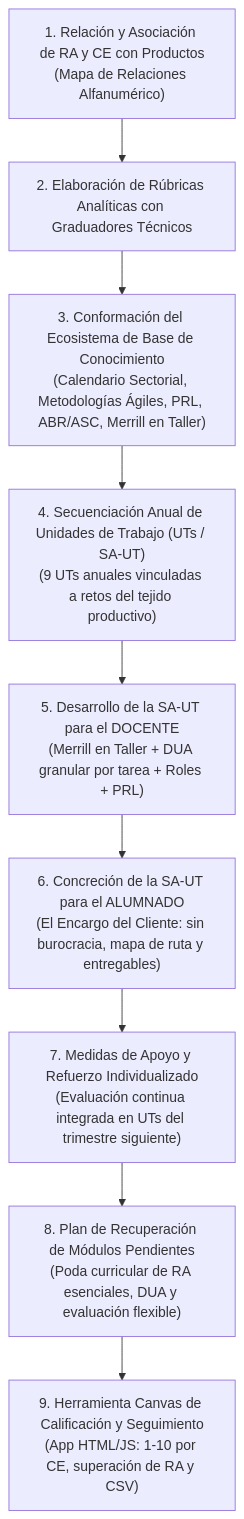
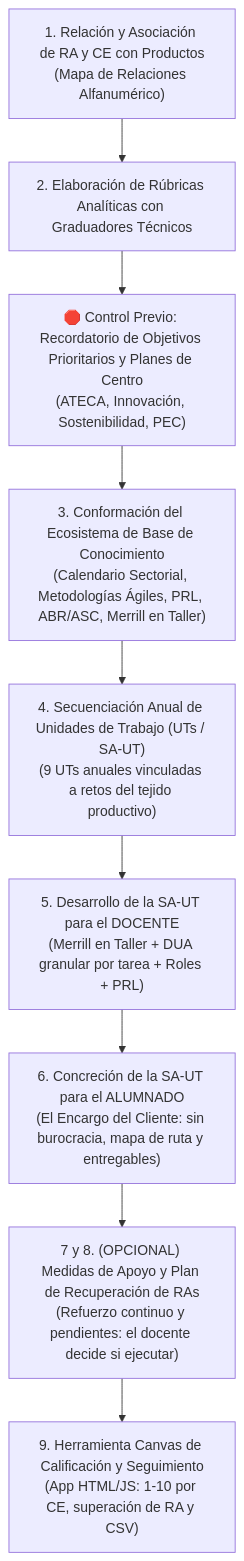
One commit to nmarafo/OpenDidactia changed the diagram in docs/guia_elaboracion_programaciones_y_ut_fp.md. Above: the diagram before and after it, drawn with Mermaid. The commit also changed other lines of this file and 17 other files, not shown here.

Commit message:
feat: incorporar consulta de salida documental inter-fases, recordatorio de planes de centro pre-Fase 3 y Fase 5 opcional

````diff
--- a/docs/guia_elaboracion_programaciones_y_ut_fp.md
+++ b/docs/guia_elaboracion_programaciones_y_ut_fp.md
@@ -30,11 +30,11 @@
 ```mermaid
 graph TD
     A["1. Relación y Asociación de RA y CE con Productos<br>(Mapa de Relaciones Alfanumérico)"] --> B["2. Elaboración de Rúbricas Analíticas con Graduadores Técnicos"]
-    B --> C["3. Conformación del Ecosistema de Base de Conocimiento<br>(Calendario Sectorial, Metodologías Ágiles, PRL, ABR/ASC, Merrill en Taller)"]
+    B --> CP["🛑 Control Previo: Recordatorio de Objetivos Prioritarios y Planes de Centro<br>(ATECA, Innovación, Sostenibilidad, PEC)"]
+    CP --> C["3. Conformación del Ecosistema de Base de Conocimiento<br>(Calendario Sectorial, Metodologías Ágiles, PRL, ABR/ASC, Merrill en Taller)"]
     C --> D["4. Secuenciación Anual de Unidades de Trabajo (UTs / SA-UT)<br>(9 UTs anuales vinculadas a retos del tejido productivo)"]
     D --> E["5. Desarrollo de la SA-UT para el DOCENTE<br>(Merrill en Taller + DUA granular por tarea + Roles + PRL)"]
     E --> F["6. Concreción de la SA-UT para el ALUMNADO<br>(El Encargo del Cliente: sin burocracia, mapa de ruta y entregables)"]
-    F --> G["7. Medidas de Apoyo y Refuerzo Individualizado<br>(Evaluación continua integrada en UTs del trimestre siguiente)"]
-    G --> H["8. Plan de Recuperación de Módulos Pendientes<br>(Poda curricular de RA esenciales, DUA y evaluación flexible)"]
-    H --> I["9. Herramienta Canvas de Calificación y Seguimiento<br>(App HTML/JS: 1-10 por CE, superación de RA y CSV)"]
+    F --> G["7 y 8. (OPCIONAL) Medidas de Apoyo y Plan de Recuperación de RAs<br>(Refuerzo continuo y pendientes: el docente decide si ejecutar)"]
+    G --> I["9. Herramienta Canvas de Calificación y Seguimiento<br>(App HTML/JS: 1-10 por CE, superación de RA y CSV)"]
 ```
````
